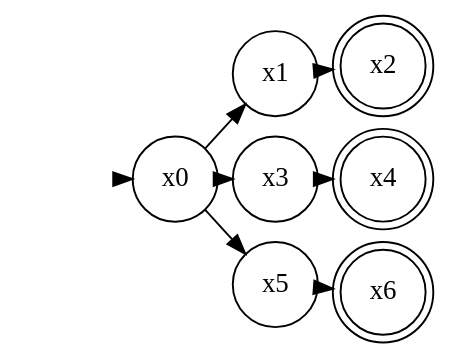
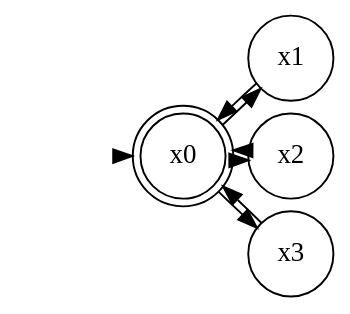
One commit to Accacio/docsTCC changed the diagram in figures/results/example/examplek1NoArrows.dot. Above: the diagram before and after it, drawn with Graphviz. The commit also changed 9 other files, not shown here.

```diff
--- a/figures/results/example/examplek1NoArrows.dot
+++ b/figures/results/example/examplek1NoArrows.dot
@@ -1,23 +1,21 @@
 digraph a {
 rankdir=LR;
 # splines = ortho
 ratio=fill
 graph [pad="0.01", nodesep="0.1", ranksep="0.01"];
 node [shape=circle];
 margin=0;
 {rank =same;}
 # size="11.7,8.3!";
 init [style=invis]
 init -> x0
-x2 [shape=doublecircle];
-x6 [shape=doublecircle];
-x4 [shape=doublecircle];
+x0 [shape=doublecircle];
 
 x0 -> x1 [texlbl="\scriptsize $\uparrow$1,\{1\}"]
-x1 -> x2 [texlbl="\scriptsize $\downarrow$1,\{1\}"]
-x0 -> x3 [texlbl="\scriptsize $\uparrow$2,\{2\}"]
-x3 -> x4 [texlbl="\scriptsize $\downarrow$2,\{2\}"]
-x0 -> x5 [texlbl="\scriptsize $\uparrow$3,\{3\}"]
-x5 -> x6 [texlbl="\scriptsize $\downarrow$3,\{3\}"]
+x1 -> x0 [texlbl="\scriptsize $\downarrow$1,\{1\}"]
+x0 -> x2 [texlbl="\scriptsize $\uparrow$2,\{2\}"]
+x2 -> x0 [texlbl="\scriptsize $\downarrow$2,\{2\}"]
+x0 -> x3 [texlbl="\scriptsize $\uparrow$3,\{3\}"]
+x3 -> x0 [texlbl="\scriptsize $\downarrow$3,\{3\}"]
 
 }
```
